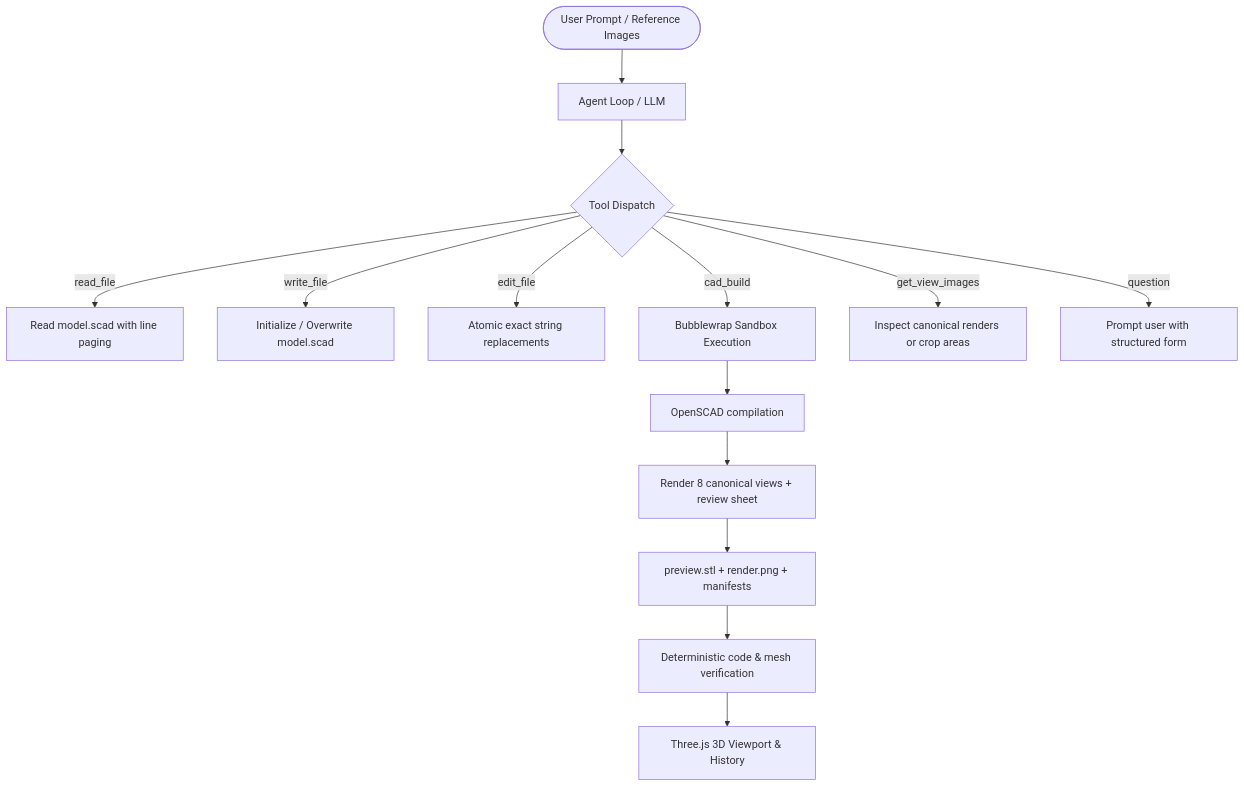
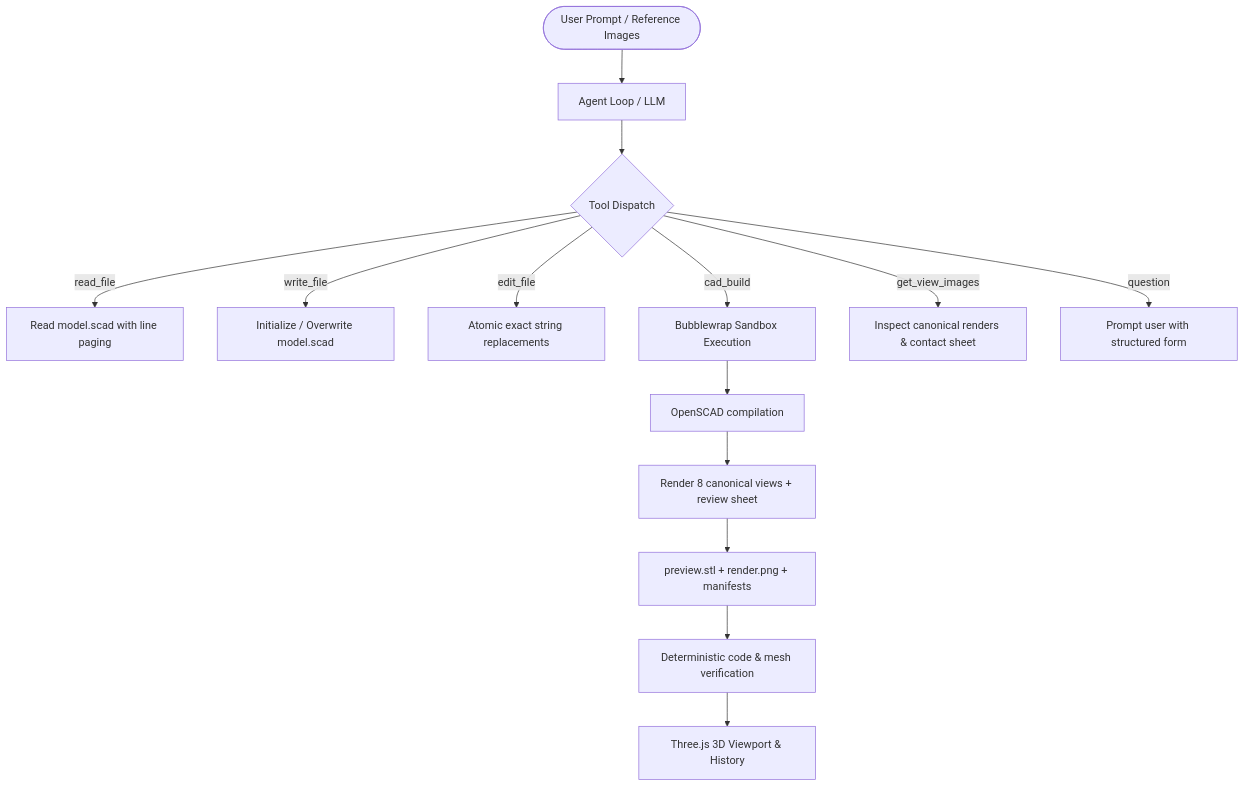
The diagram in README.md (neuronaline/local-ai-cad-agent), drawn with Mermaid before and after one commit. The commit also changed other lines of this file and 13 other files, not shown here.

````diff
--- a/README.md
+++ b/README.md
@@ -329,19 +329,19 @@
 ```mermaid
 flowchart TD
     User([User Prompt / Reference Images]) --> AgentRunner[Agent Loop / LLM]
     AgentRunner --> ToolDispatch{Tool Dispatch}
     
     ToolDispatch -->|read_file| ReadSCAD[Read model.scad with line paging]
     ToolDispatch -->|write_file| WriteSCAD[Initialize / Overwrite model.scad]
     ToolDispatch -->|edit_file| EditSCAD[Atomic exact string replacements]
     ToolDispatch -->|cad_build| Sandbox[Bubblewrap Sandbox Execution]
-    ToolDispatch -->|get_view_images| VisualMem[Inspect canonical renders or crop areas]
+    ToolDispatch -->|get_view_images| VisualMem[Inspect canonical renders & contact sheet]
     ToolDispatch -->|question| UserForm[Prompt user with structured form]
     
     Sandbox --> OpenSCAD[OpenSCAD compilation]
     OpenSCAD --> MultiView[Render 8 canonical views + review sheet]
     MultiView --> Artifacts[preview.stl + render.png + manifests]
     
     Artifacts --> Verifier[Deterministic code & mesh verification]
     Verifier --> UI3D[Three.js 3D Viewport & History]
 ```
````
